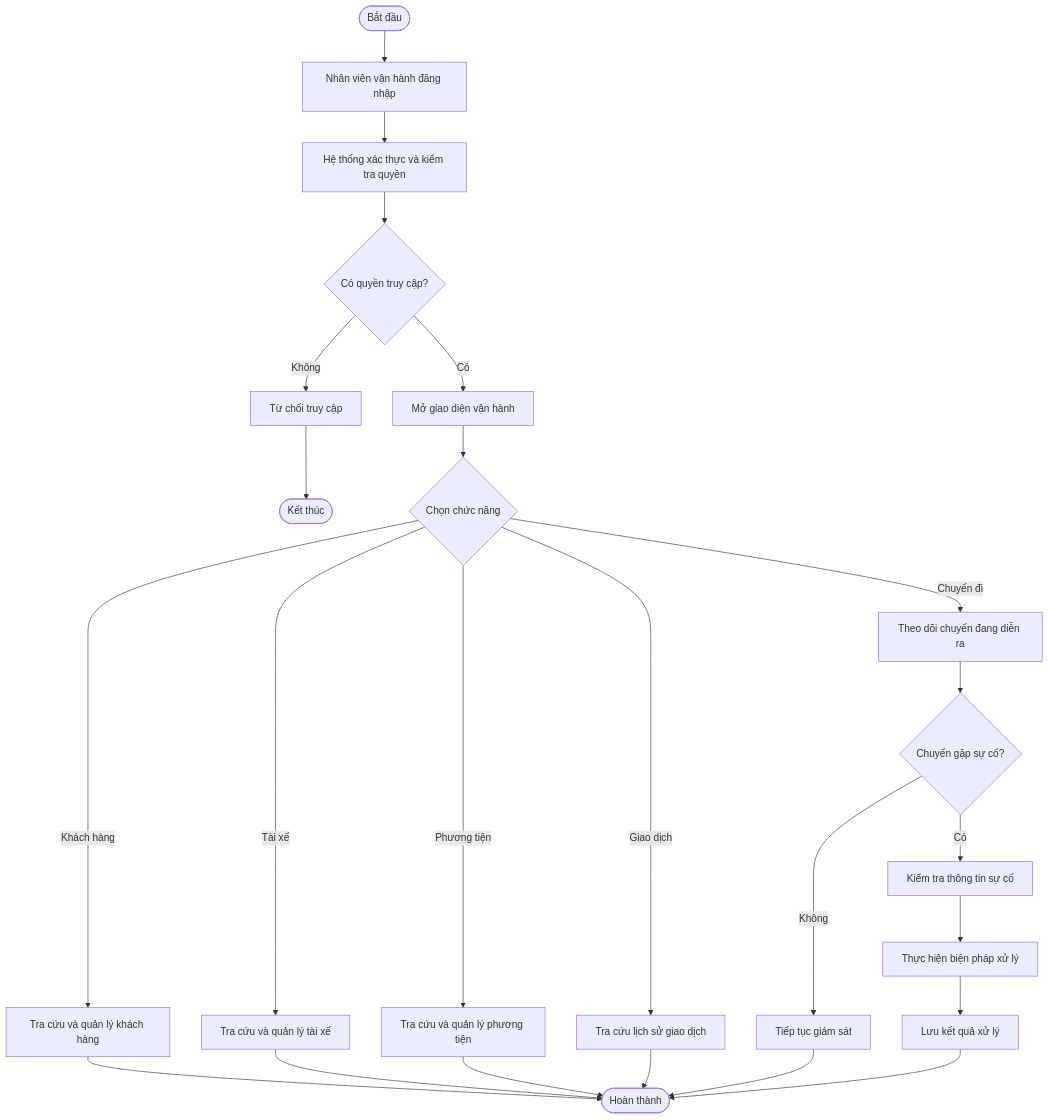
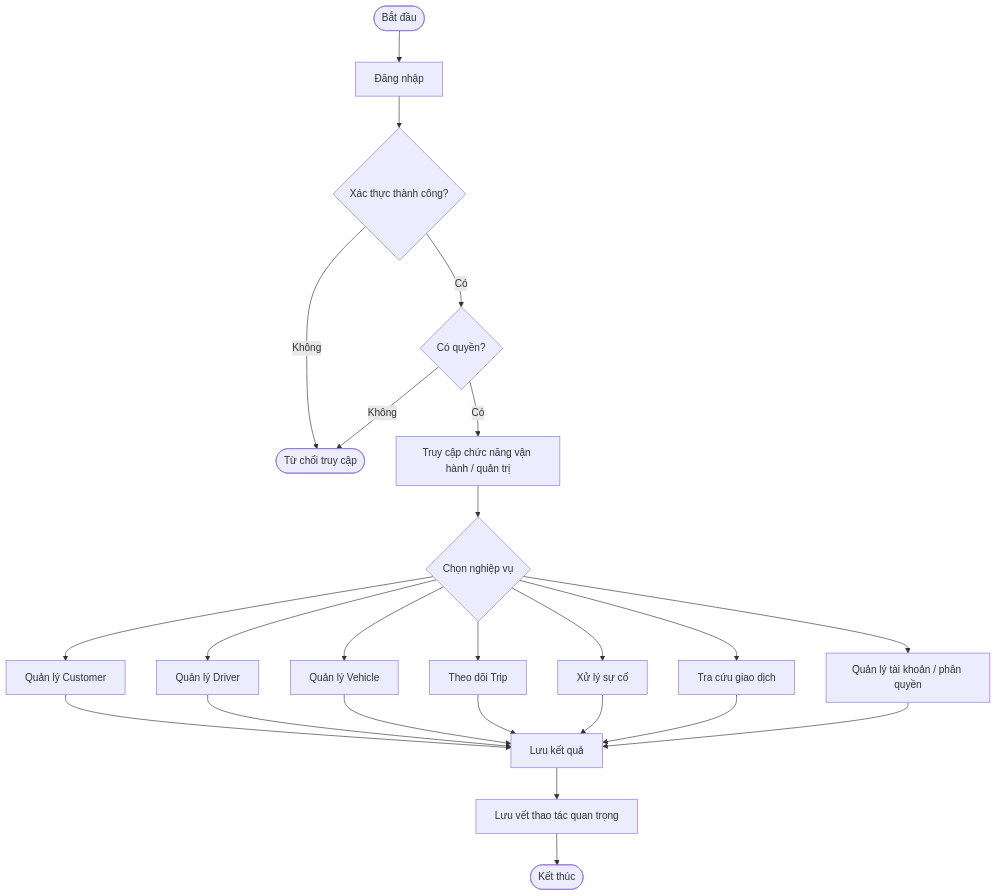
Before and after one commit to ntthuyvy0205-source/23662281_NguyenThiThuyVy_CABSYSTEM: diagram 17 of 28 in SRS.md, drawn with Mermaid. The commit also changed other lines of this file, not shown here.

````diff
--- a/SRS.md
+++ b/SRS.md
@@ -597,31 +2190,31 @@
 ```mermaid
 flowchart TD
-    A([Bắt đầu]) --> B[Nhân viên vận hành đăng nhập]
-    B --> C[Hệ thống xác thực và kiểm tra quyền]
-    C --> D{Có quyền truy cập?}
+    A([Bắt đầu]) --> B[Đăng nhập]
+    B --> C{Xác thực thành công?}
+    C -- Không --> Z([Từ chối truy cập])
 
-    D -- Không --> E[Từ chối truy cập]
-    E --> Z([Kết thúc])
+    C -- Có --> D{Có quyền?}
+    D -- Không --> Z
 
-    D -- Có --> F[Mở giao diện vận hành]
-    F --> G{Chọn chức năng}
+    D -- Có --> E[Truy cập chức năng vận hành / quản trị]
+    E --> F{Chọn nghiệp vụ}
 
-    G -->|Khách hàng| H[Tra cứu và quản lý khách hàng]
-    G -->|Tài xế| I[Tra cứu và quản lý tài xế]
-    G -->|Phương tiện| J[Tra cứu và quản lý phương tiện]
-    G -->|Chuyến đi| K[Theo dõi chuyến đang diễn ra]
-    G -->|Giao dịch| L[Tra cứu lịch sử giao dịch]
+    F --> G[Quản lý Customer]
+    F --> H[Quản lý Driver]
+    F --> I[Quản lý Vehicle]
+    F --> J[Theo dõi Trip]
+    F --> K[Xử lý sự cố]
+    F --> L[Tra cứu giao dịch]
+    F --> M[Quản lý tài khoản / phân quyền]
 
-    K --> M{Chuyến gặp sự cố?}
-    M -- Không --> N[Tiếp tục giám sát]
-    M -- Có --> O[Kiểm tra thông tin sự cố]
-    O --> P[Thực hiện biện pháp xử lý]
-    P --> Q[Lưu kết quả xử lý]
+    G --> N[Lưu kết quả]
+    H --> N
+    I --> N
+    J --> N
+    K --> N
+    L --> N
+    M --> N
 
-    H --> R([Hoàn thành])
-    I --> R
-    J --> R
-    L --> R
-    N --> R
-    Q --> R
+    N --> O[Lưu vết thao tác quan trọng]
+    O --> P([Kết thúc])
 ```
````
